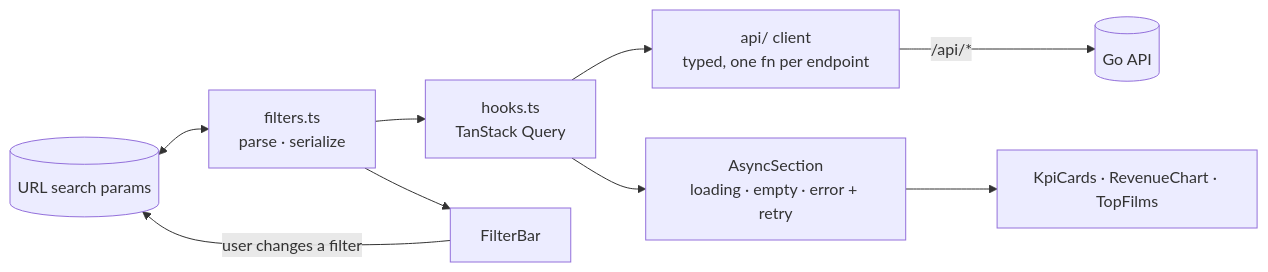
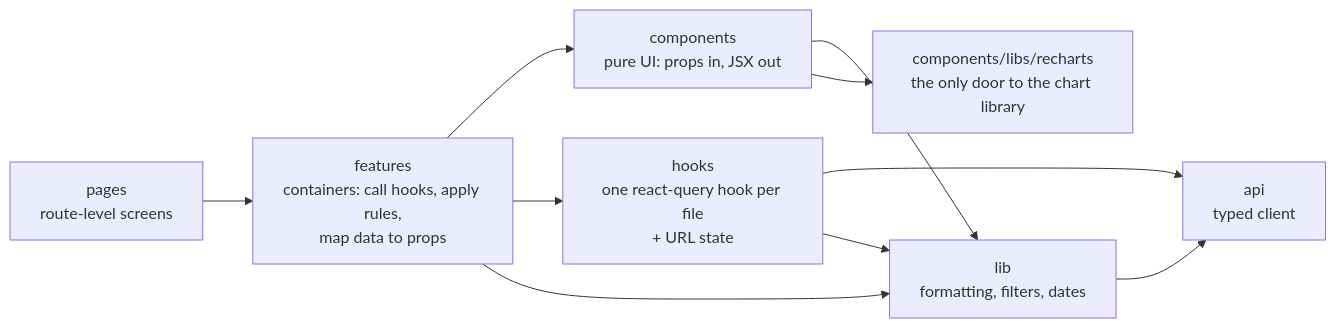
Before and after one commit to SangNguyen2810/store-operation: the fourth of 5 diagrams in README.md, drawn with Mermaid. The commit also changed other lines of this file and 2 other files, not shown here.

First line of the commit message:
Enforce front-end layer rules and document the new structure

````diff
--- a/README.md
+++ b/README.md
@@ -222,11 +224,12 @@
 ```mermaid
 flowchart LR
-    url[("URL search params")] <--> filters["filters.ts<br/>parse · serialize"]
-    filters --> hooks["hooks.ts<br/>TanStack Query"]
-    hooks --> client["api/ client<br/>typed, one fn per endpoint"]
-    client -- "/api/*" --> backend[(Go API)]
-    hooks --> async["AsyncSection<br/>loading · empty · error + retry"]
-    async --> parts["KpiCards · RevenueChart · TopFilms"]
-    filters --> bar["FilterBar"]
-    bar -- "user changes a filter" --> url
+    pages["pages<br/>route-level screens"] --> features
+    features["features<br/>containers: call hooks, apply rules,<br/>map data to props"] --> components
+    features --> hooks["hooks<br/>one react-query hook per file<br/>+ URL state"]
+    hooks --> api["api<br/>typed client"]
+    features --> lib["lib<br/>formatting, filters, dates"]
+    hooks --> lib
+    components["components<br/>pure UI: props in, JSX out"] --> lib
+    components --> libs["components/libs/recharts<br/>the only door to the chart library"]
+    lib --> api
 ```
````
